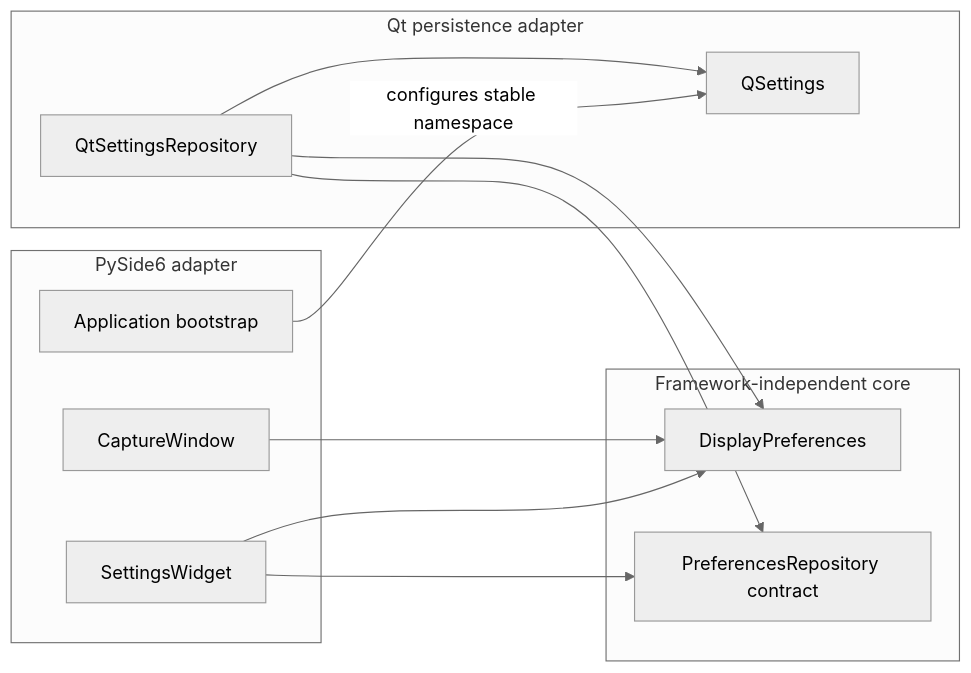
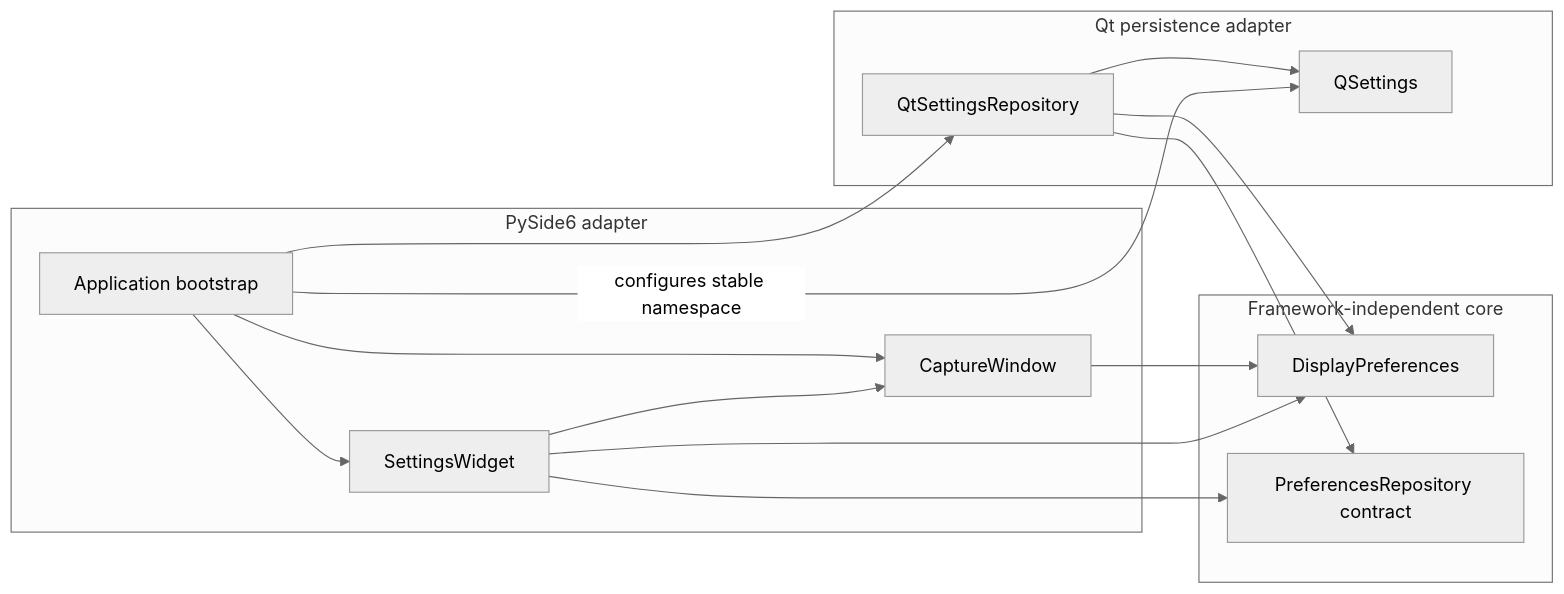
The diagram in docs/architecture/diagrams/display-settings/03-component.md (benoit-bremaud/can-sniffer), drawn with Mermaid (neutral theme) before and after one commit. The commit also changed other lines of this file and 3 other files, not shown here.

````diff
--- a/docs/architecture/diagrams/display-settings/03-component.md
+++ b/docs/architecture/diagrams/display-settings/03-component.md
@@ -13,26 +13,30 @@
 ```mermaid
 flowchart LR
     subgraph Domain[Framework-independent core]
         Model[DisplayPreferences]
         Contract[PreferencesRepository contract]
     end
 
     subgraph UI[PySide6 adapter]
         Bootstrap[Application bootstrap]
         Window[CaptureWindow]
         Settings[SettingsWidget]
     end
 
     subgraph Persistence[Qt persistence adapter]
         QStore[QtSettingsRepository]
         QSettings[QSettings]
     end
 
     Settings --> Model
     Settings --> Contract
+    Settings --> Window
     Window --> Model
     Bootstrap -->|"configures stable namespace"| QSettings
+    Bootstrap --> QStore
+    Bootstrap --> Settings
+    Bootstrap --> Window
     QStore --> Contract
     QStore --> Model
     QStore --> QSettings
 ```
````
